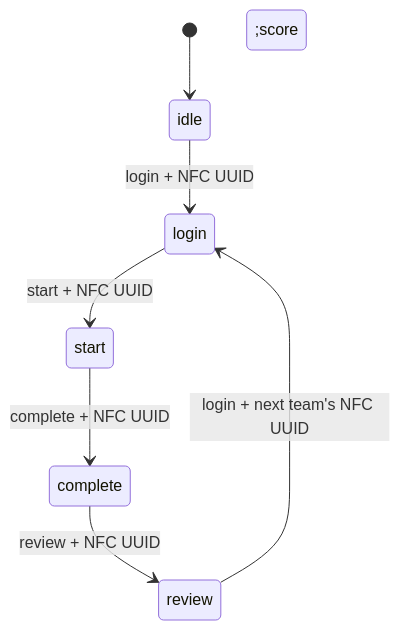
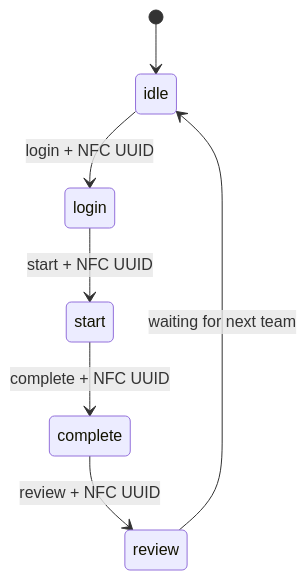
The second of 3 diagrams in README.md (GnomUltras/backend), drawn with Mermaid before and after one commit.

Commit message:
Small fix

````diff
--- a/README.md
+++ b/README.md
@@ -113,9 +113,9 @@
 ```mermaid
 stateDiagram-v2
     [*] --> idle
     idle --> login: login + NFC UUID
     login --> start: start + NFC UUID
     start --> complete: complete + NFC UUID
-    complete --> review: review + NFC UUID;score
-    review --> login: login + next team's NFC UUID
+    complete --> review: review + NFC UUID
+    review --> idle: waiting for next team
 ```
````
